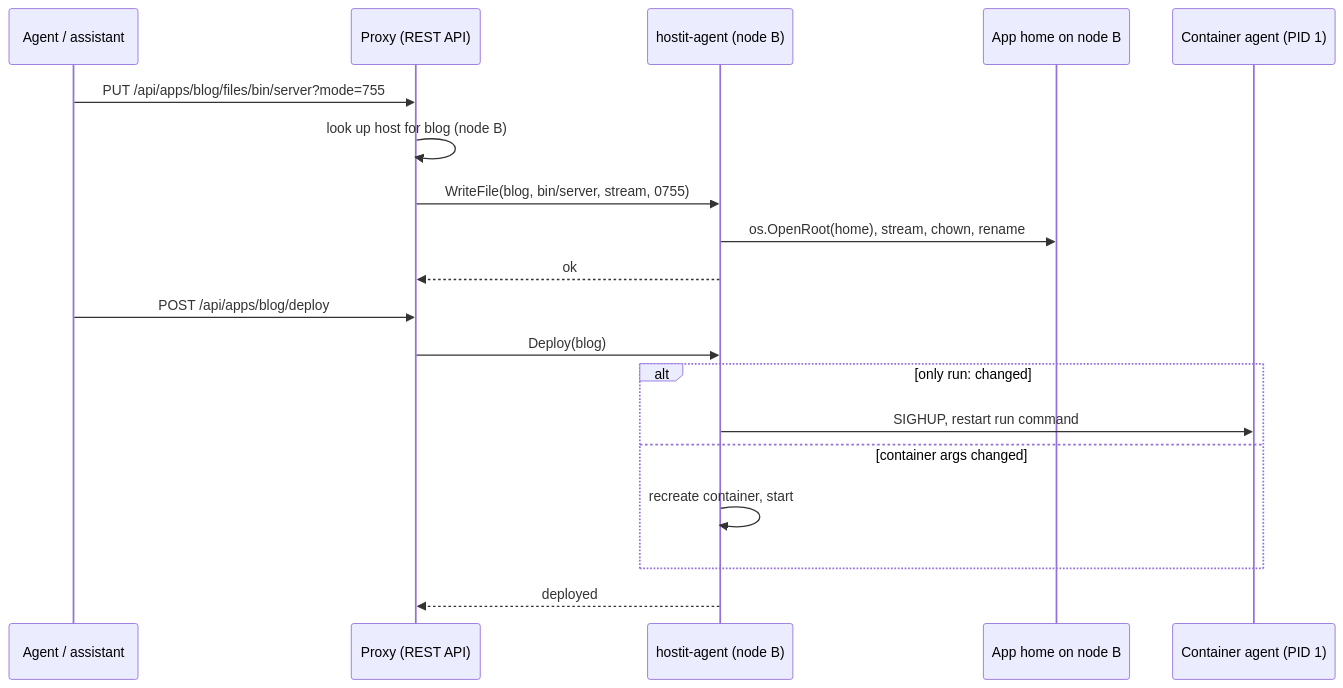
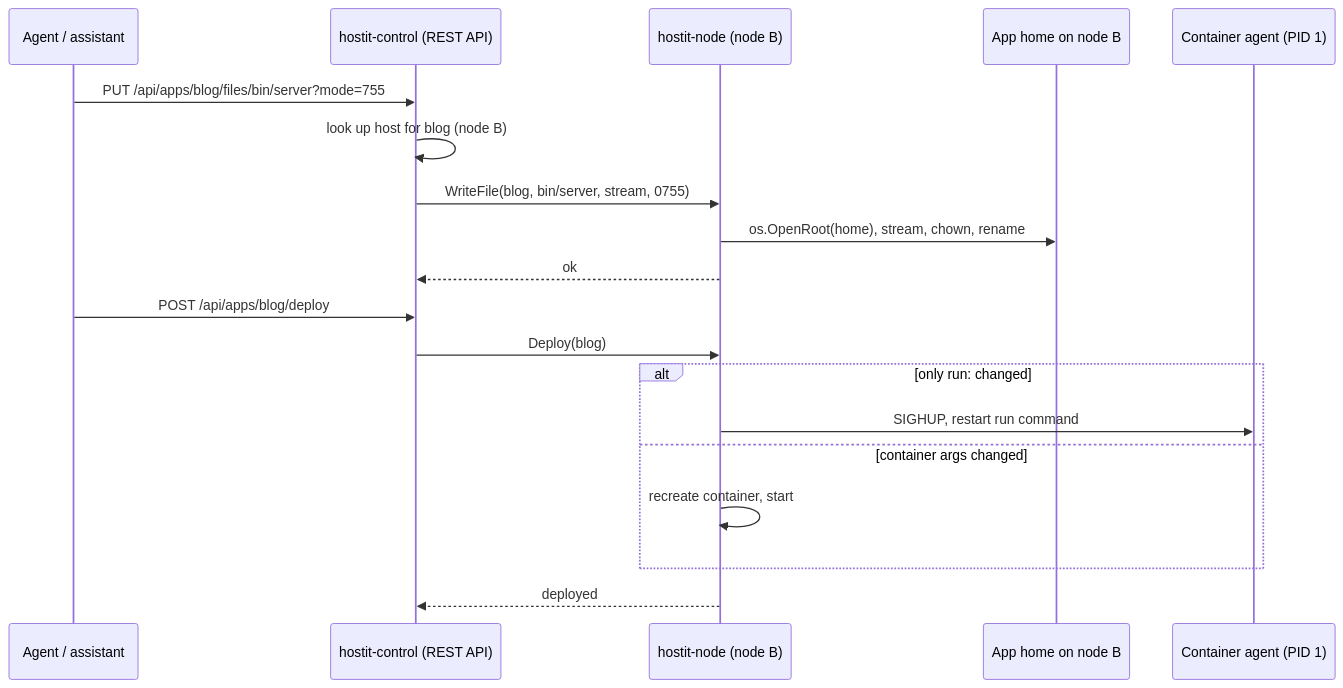
The sixth of 7 diagrams in docs/slides/presentations/multinode.md (binwiederhier/hostit), drawn with Mermaid before and after one commit. The commit also changed other lines of this file, not shown here.

First line of the commit message:
docs/slides: multi-node deck reflects the four-service split

````diff
--- a/docs/slides/presentations/multinode.md
+++ b/docs/slides/presentations/multinode.md
@@ -333,22 +351,22 @@
 ```mermaid {scale: 0.36}
 sequenceDiagram
     participant AG as Agent / assistant
-    participant P as Proxy (REST API)
-    participant N as hostit-agent (node B)
+    participant P as hostit-control (REST API)
+    participant N as hostit-node (node B)
     participant H as App home on node B
     participant C as Container agent (PID 1)
 
     AG->>P: PUT /api/apps/blog/files/bin/server?mode=755
     P->>P: look up host for blog (node B)
     P->>N: WriteFile(blog, bin/server, stream, 0755)
     N->>H: os.OpenRoot(home), stream, chown, rename
     N-->>P: ok
     AG->>P: POST /api/apps/blog/deploy
     P->>N: Deploy(blog)
     alt only run: changed
         N->>C: SIGHUP, restart run command
     else container args changed
         N->>N: recreate container, start
     end
     N-->>P: deployed
 ```
````
